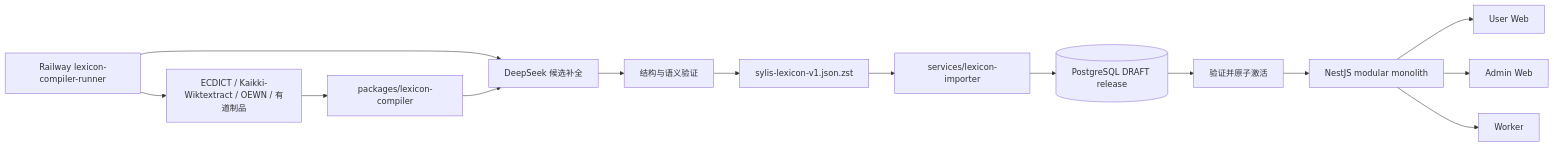
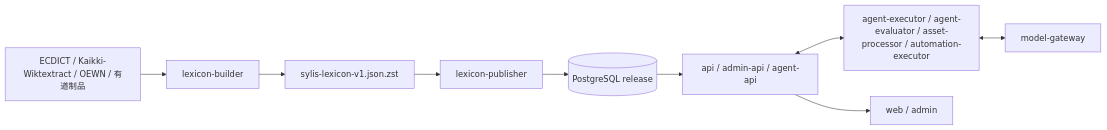
The diagram in docs/overview/refactor/index.md (yinmingdi/sylis), drawn with Mermaid before and after one commit. The commit also changed other lines of this file and 1856 other files, not shown here.

Commit message:
refactor: rebuild Sylis platform architecture

````diff
--- a/docs/overview/refactor/index.md
+++ b/docs/overview/refactor/index.md
@@ -11,16 +9,16 @@
 ```mermaid
 flowchart LR
-    R[Railway lexicon-compiler-runner] --> S[ECDICT / Kaikki-Wiktextract / OEWN / 有道制品]
-    S --> C[packages/lexicon-compiler]
-    R --> AI[DeepSeek 候选补全]
-    C --> AI
-    AI --> V[结构与语义验证]
-    V --> J[sylis-lexicon-v1.json.zst]
-    J --> I[services/lexicon-importer]
-    I --> D[(PostgreSQL DRAFT release)]
-    D --> A[验证并原子激活]
-    A --> API[NestJS modular monolith]
-    API --> WEB[User Web]
-    API --> ADM[Admin Web]
-    API --> W[Worker]
+  S[ECDICT / Kaikki-Wiktextract / OEWN / 有道制品]
+  B[lexicon-builder]
+  J[sylis-lexicon-v1.json.zst]
+  P[lexicon-publisher]
+  DB[(PostgreSQL release)]
+  API[api / admin-api / agent-api]
+  MG[model-gateway]
+  EX[agent-executor / agent-evaluator / asset-processor / automation-executor]
+  UI[web / admin]
+
+  S --> B --> J --> P --> DB --> API --> UI
+  API <--> EX
+  EX <--> MG
 ```
````
